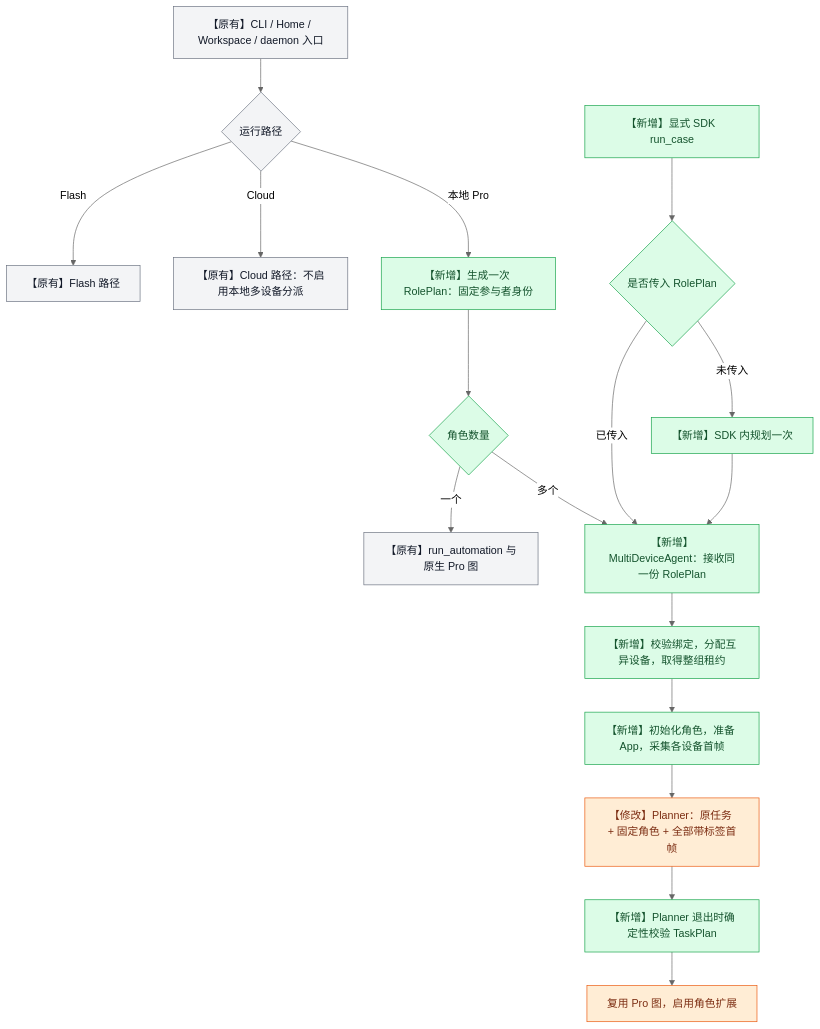
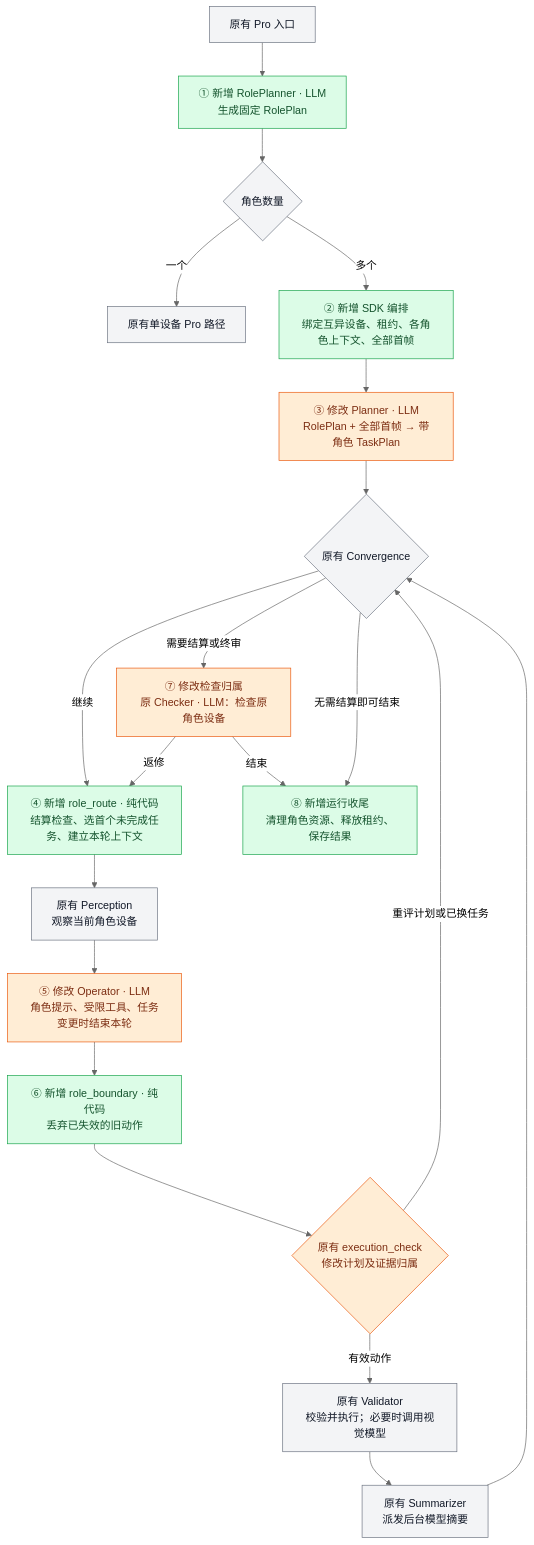
The diagram in docs/minimal-role-runtime.md (liruifeng1210/artemis-multi-device), drawn with Mermaid (neutral theme) before and after one commit. The commit also changed other lines of this file, not shown here.

Commit message:
docs: simplify multi-device architecture and explain role integration

````diff
--- a/docs/minimal-role-runtime.md
+++ b/docs/minimal-role-runtime.md
@@ -50,25 +9,28 @@
 ```mermaid
 flowchart TD
-    INPUT["【原有】CLI / Home / Workspace / daemon 入口"] --> PROFILE{"运行路径"}
-    PROFILE -->|Flash| FLASH["【原有】Flash 路径"]
-    PROFILE -->|Cloud| CLOUD["【原有】Cloud 路径：不启用本地多设备分派"]
-    PROFILE -->|本地 Pro| RP["【新增】生成一次 RolePlan：固定参与者身份"]
+    ENTRY["原有 Pro 入口"] --> RP["① 新增 RolePlanner · LLM<br/>生成固定 RolePlan"]
     RP --> COUNT{"角色数量"}
-    COUNT -->|一个| NATIVE["【原有】run_automation 与原生 Pro 图"]
-    COUNT -->|多个| SDK["【新增】MultiDeviceAgent：接收同一份 RolePlan"]
-    EXPLICIT["【新增】显式 SDK run_case"] --> HAVE{"是否传入 RolePlan"}
-    HAVE -->|已传入| SDK
-    HAVE -->|未传入| PLAN["【新增】SDK 内规划一次"]
-    PLAN --> SDK
-    SDK --> BIND["【新增】校验绑定，分配互异设备，取得整组租约"]
-    BIND --> PREP["【新增】初始化角色，准备 App，采集各设备首帧"]
-    PREP --> PG["【修改】Planner：原任务 + 固定角色 + 全部带标签首帧"]
-    PG --> CHECK["【新增】Planner 退出时确定性校验 TaskPlan"]
-    CHECK --> GRAPH["复用 Pro 图，启用角色扩展"]
+    COUNT -->|一个| SINGLE["原有单设备 Pro 路径"]
+    COUNT -->|多个| PREP["② 新增 SDK 编排<br/>绑定互异设备、租约、各角色上下文、全部首帧"]
+    PREP --> PLAN["③ 修改 Planner · LLM<br/>RolePlan + 全部首帧 → 带角色 TaskPlan"]
+    PLAN --> CONV{"原有 Convergence"}
+    CONV -->|继续| ROUTE["④ 新增 role_route · 纯代码<br/>结算检查、选首个未完成任务、建立本轮上下文"]
+    ROUTE --> PER["原有 Perception<br/>观察当前角色设备"]
+    PER --> OP["⑤ 修改 Operator · LLM<br/>角色提示、受限工具、任务变更时结束本轮"]
+    OP --> BOUND["⑥ 新增 role_boundary · 纯代码<br/>丢弃已失效的旧动作"]
+    BOUND --> EXEC{"原有 execution_check<br/>修改计划及证据归属"}
+    EXEC -->|重评计划或已换任务| CONV
+    EXEC -->|有效动作| VAL["原有 Validator<br/>校验并执行；必要时调用视觉模型"]
+    VAL --> SUM["原有 Summarizer<br/>派发后台模型摘要"]
+    SUM --> CONV
+    CONV -->|需要结算或终审| FINAL["⑦ 修改检查归属<br/>原 Checker · LLM：检查原角色设备"]
+    FINAL -->|返修| ROUTE
+    FINAL -->|结束| END_NODE["⑧ 新增运行收尾<br/>清理角色资源、释放租约、保存结果"]
+    CONV -->|无需结算即可结束| END_NODE
     classDef old fill:#f3f4f6,stroke:#6b7280,color:#111827;
     classDef added fill:#dcfce7,stroke:#16a34a,color:#14532d;
     classDef changed fill:#ffedd5,stroke:#ea580c,color:#7c2d12;
-    class INPUT,PROFILE,FLASH,CLOUD,NATIVE old;
-    class RP,COUNT,SDK,EXPLICIT,HAVE,PLAN,BIND,PREP,CHECK added;
-    class PG,GRAPH changed;
+    class ENTRY,COUNT,SINGLE,CONV,PER,VAL,SUM old;
+    class RP,PREP,ROUTE,BOUND,END_NODE added;
+    class PLAN,OP,EXEC,FINAL changed;
 ```
````
